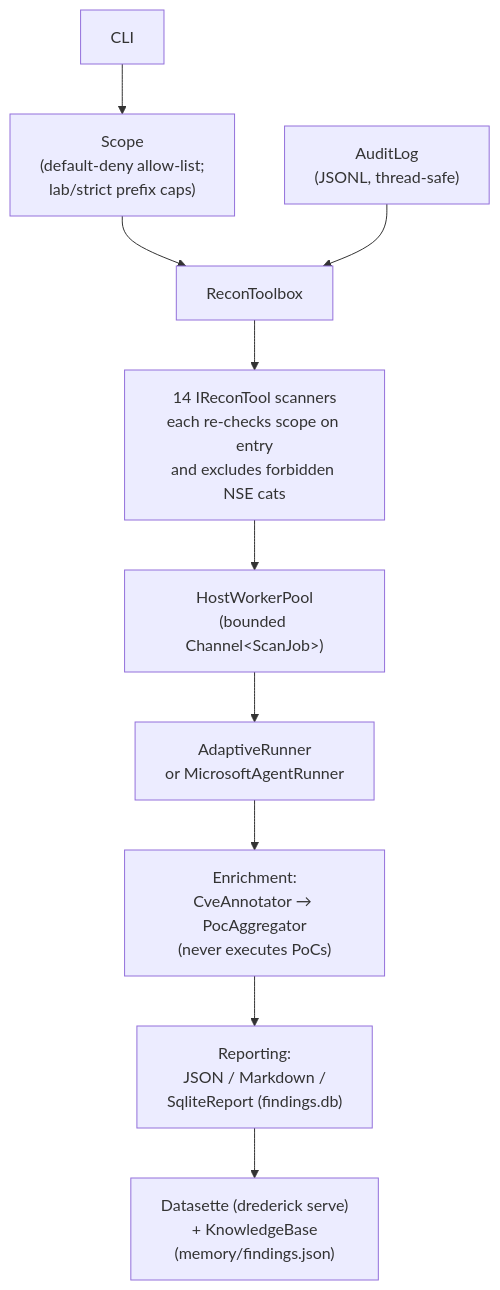
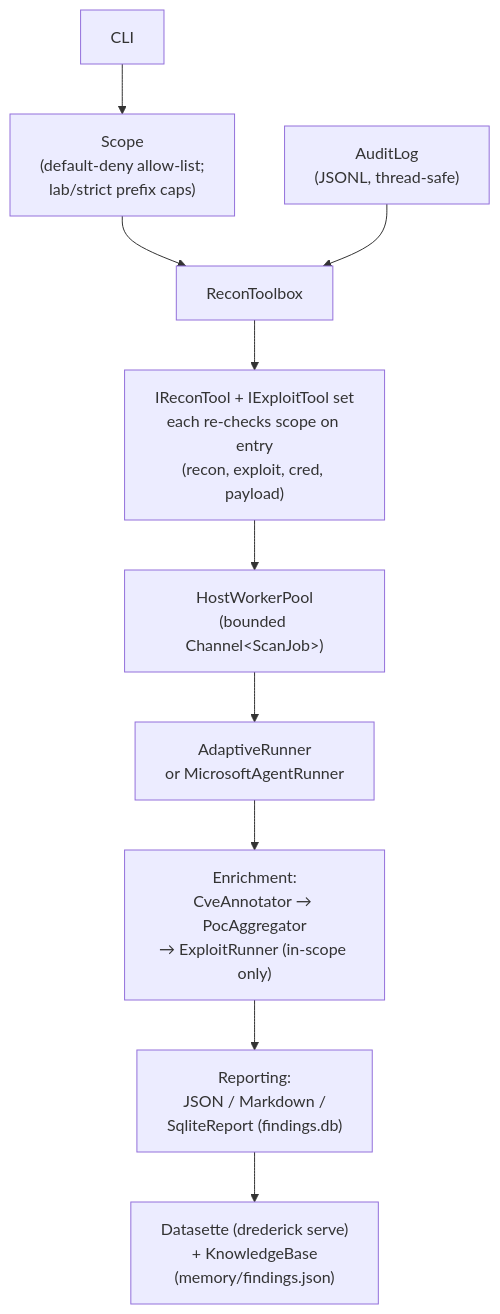
The diagram in README.md (SchwartzKamel/drederick), drawn with Mermaid before and after one commit. The commit also changed other lines of this file and 24 other files, not shown here.

````diff
--- a/README.md
+++ b/README.md
@@ -318,12 +326,12 @@
 ```mermaid
 flowchart TD
     CLI["CLI"] --> Scope["Scope<br/>(default-deny allow-list;<br/>lab/strict prefix caps)"]
     Scope --> Toolbox["ReconToolbox"]
     Audit["AuditLog<br/>(JSONL, thread-safe)"] --> Toolbox
-    Toolbox --> Tools["14 IReconTool scanners<br/>each re-checks scope on entry<br/>and excludes forbidden NSE cats"]
+    Toolbox --> Tools["IReconTool + IExploitTool set<br/>each re-checks scope on entry<br/>(recon, exploit, cred, payload)"]
     Tools --> Pool["HostWorkerPool<br/>(bounded Channel&lt;ScanJob&gt;)"]
     Pool --> Runner["AdaptiveRunner<br/>or MicrosoftAgentRunner"]
-    Runner --> Enrich["Enrichment:<br/>CveAnnotator → PocAggregator<br/>(never executes PoCs)"]
+    Runner --> Enrich["Enrichment:<br/>CveAnnotator → PocAggregator<br/>→ ExploitRunner (in-scope only)"]
     Enrich --> Report["Reporting:<br/>JSON / Markdown /<br/>SqliteReport (findings.db)"]
     Report --> Present["Datasette (drederick serve)<br/>+ KnowledgeBase<br/>(memory/findings.json)"]
 ```
````
